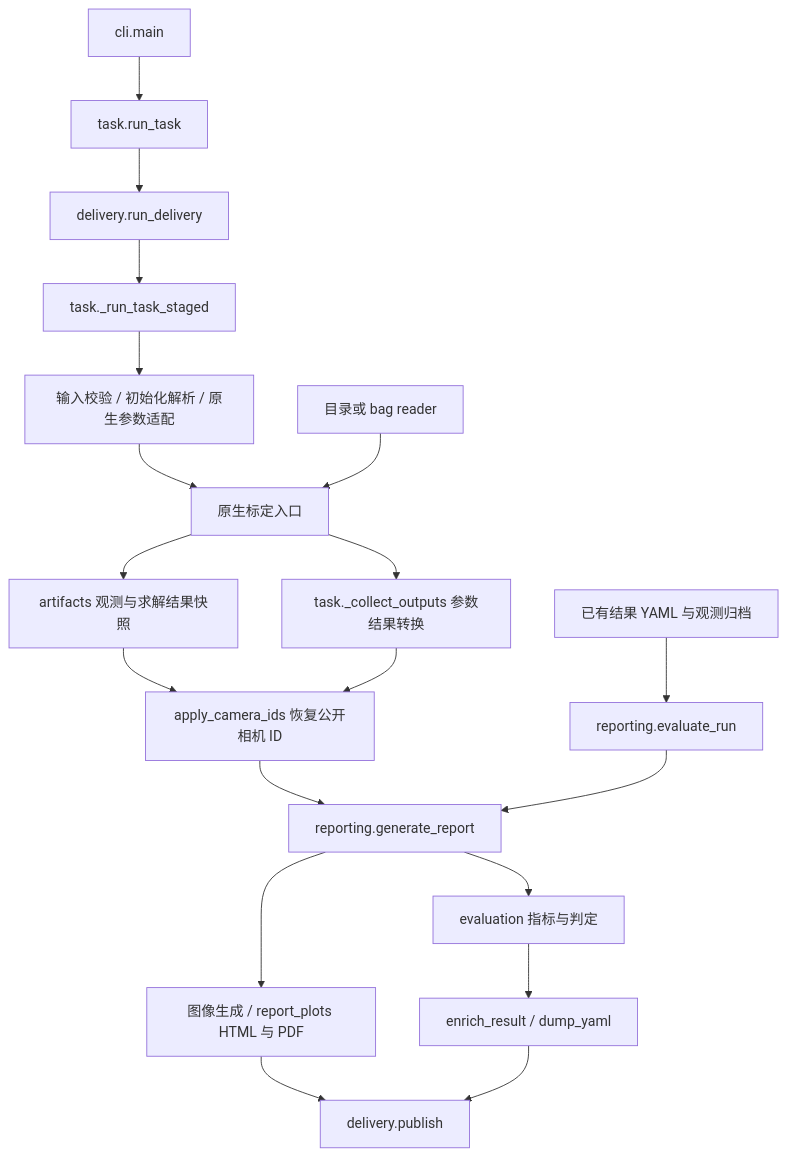
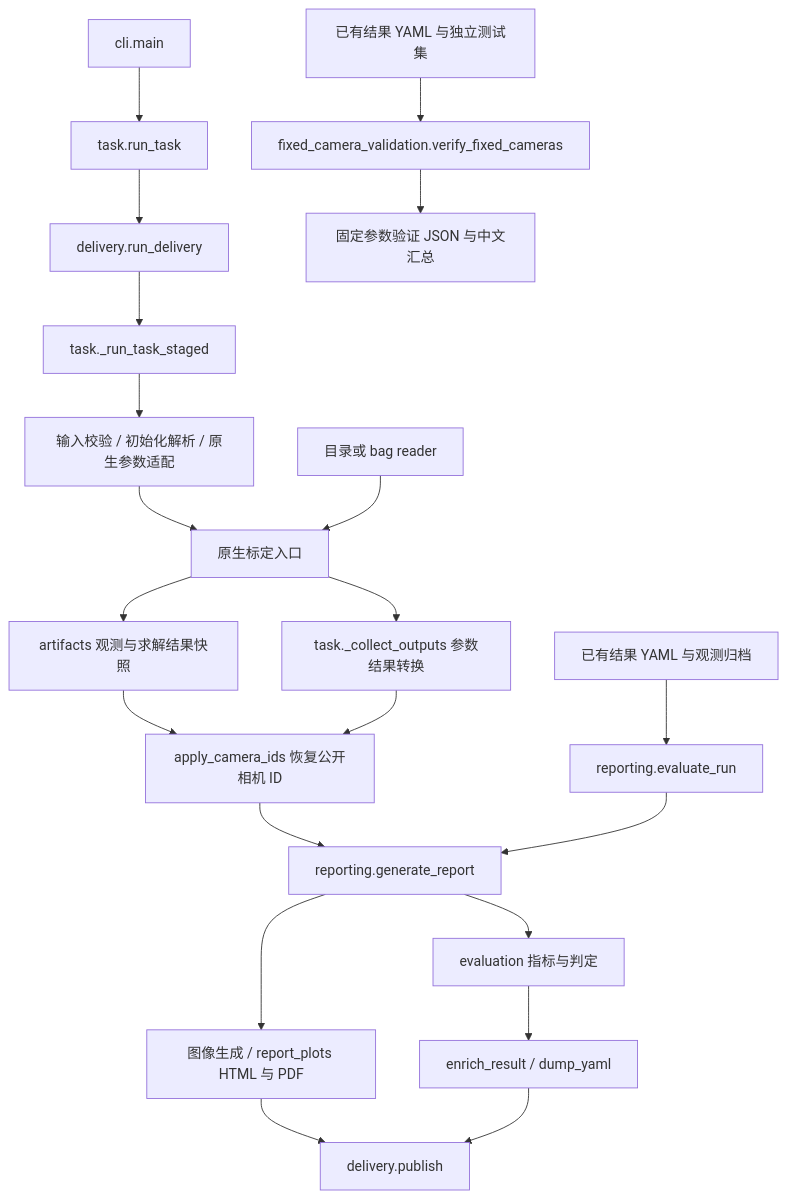
Before and after one commit to Vincent11499/kalibr_no_ros: the diagram in docs/IO_CODE_MAINTENANCE_ZH.md, drawn with Mermaid. The commit also changed other lines of this file and 24 other files, not shown here.

Commit message:
feat: add fixed-camera validation and report visuals

````diff
--- a/docs/IO_CODE_MAINTENANCE_ZH.md
+++ b/docs/IO_CODE_MAINTENANCE_ZH.md
@@ -43,21 +52,23 @@
 ```mermaid
 flowchart TD
     A[cli.main] --> B[task.run_task]
     B --> C[delivery.run_delivery]
     C --> D[task._run_task_staged]
     D --> E[输入校验 / 初始化解析 / 原生参数适配]
     E --> F[原生标定入口]
     G[目录或 bag reader] --> F
     F --> H[artifacts 观测与求解结果快照]
     F --> I[task._collect_outputs 参数结果转换]
     H --> J[apply_camera_ids 恢复公开相机 ID]
     I --> J
     J --> K[reporting.generate_report]
     K --> L[evaluation 指标与判定]
     K --> M[图像生成 / report_plots HTML 与 PDF]
     L --> N[enrich_result / dump_yaml]
     M --> O[delivery.publish]
     N --> O
     P[已有结果 YAML 与观测归档] --> Q[reporting.evaluate_run]
     Q --> K
+    R[已有结果 YAML 与独立测试集] --> S[fixed_camera_validation.verify_fixed_cameras]
+    S --> T[固定参数验证 JSON 与中文汇总]
 ```
````
